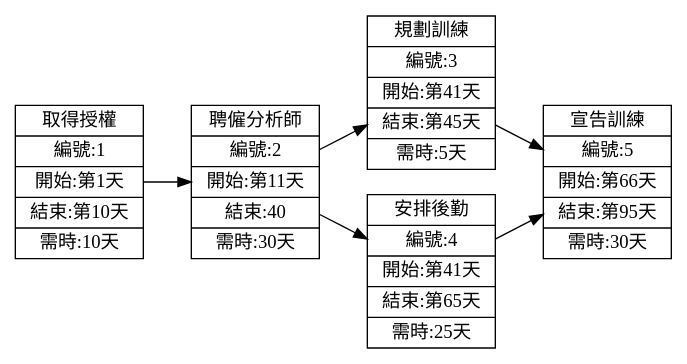
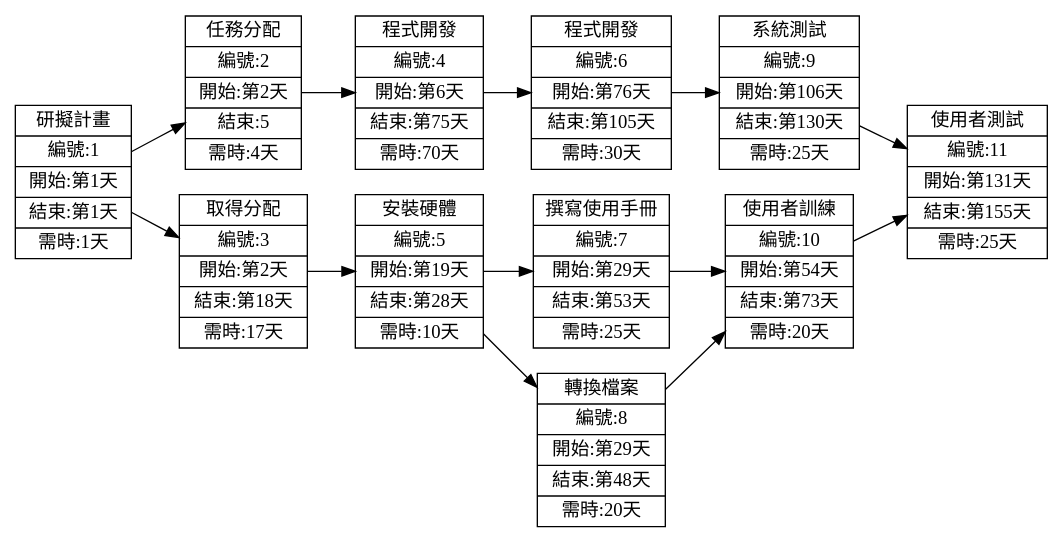
The second of 2 diagrams in hw2.md (chang-chieh-ya/20230919), drawn with Graphviz before and after one commit. The commit also changed other lines of this file, not shown here.

````diff
--- a/hw2.md
+++ b/hw2.md
@@ -29,17 +29,30 @@
 ```graphviz
 digraph {
 	node[shape=record];
 	rankdir="LR";
-    no1 [label = "取得授權 | 編號:1 | 開始:第1天 | 結束:第10天 | 需時:10天"]
-    no2 [label = "聘僱分析師 | 編號:2 | 開始:第11天 | 結束:40 | 需時:30天"]
+    no1 [label = "研擬計畫 | 編號:1 | 開始:第1天 | 結束:第1天 | 需時:1天"]
+    no2 [label = "任務分配 | 編號:2 | 開始:第2天 | 結束:5 | 需時:4天"]
     no1->no2
-    no3 [label = "規劃訓練 | 編號:3 | 開始:第41天 | 結束:第45天 | 需時:5天"]
-    no4 [label = "安排後勤 | 編號:4 | 開始:第41天 | 結束:第65天 | 需時:25天"]
-    {rank=same;no3 no4}
-    no2->no3
+    no3 [label = "取得分配 | 編號:3 | 開始:第2天 | 結束:第18天 | 需時:17天"]
+    no1->no3
+    {rank=same;no2 no3}
+    no4 [label = "程式開發 | 編號:4 | 開始:第6天 | 結束:第75天 | 需時:70天"]
     no2->no4
-    no5 [label = "宣告訓練 | 編號:5 | 開始:第66天 | 結束:第95天 | 需時:30天"]
+    no5 [label = "安裝硬體 | 編號:5 | 開始:第19天 | 結束:第28天 | 需時:10天"]
     no3->no5
-    no4->no5
+   no6 [label = "程式開發 | 編號:6 | 開始:第76天 | 結束:第105天 | 需時:30天"]
+   no4->no6
+   no7 [label = "撰寫使用手冊 | 編號:7 | 開始:第29天 | 結束:第53天 | 需時:25天"]
+   no8 [label = "轉換檔案 | 編號:8 | 開始:第29天 | 結束:第48天 | 需時:20天"]
+   no5->no7
+   no5->no8
+   no9 [label = "系統測試 | 編號:9 | 開始:第106天 | 結束:第130天 | 需時:25天"]
+   no6->no9
+   no10 [label = "使用者訓練 | 編號:10 | 開始:第54天 | 結束:第73天 | 需時:20天"]
+   no7->no10
+   no8->no10
+   no11 [label = "使用者測試 | 編號:11 | 開始:第131天 | 結束:第155天 | 需時:25天"]
+   no9->no11
+   no10->no11
 }
 ```
````
